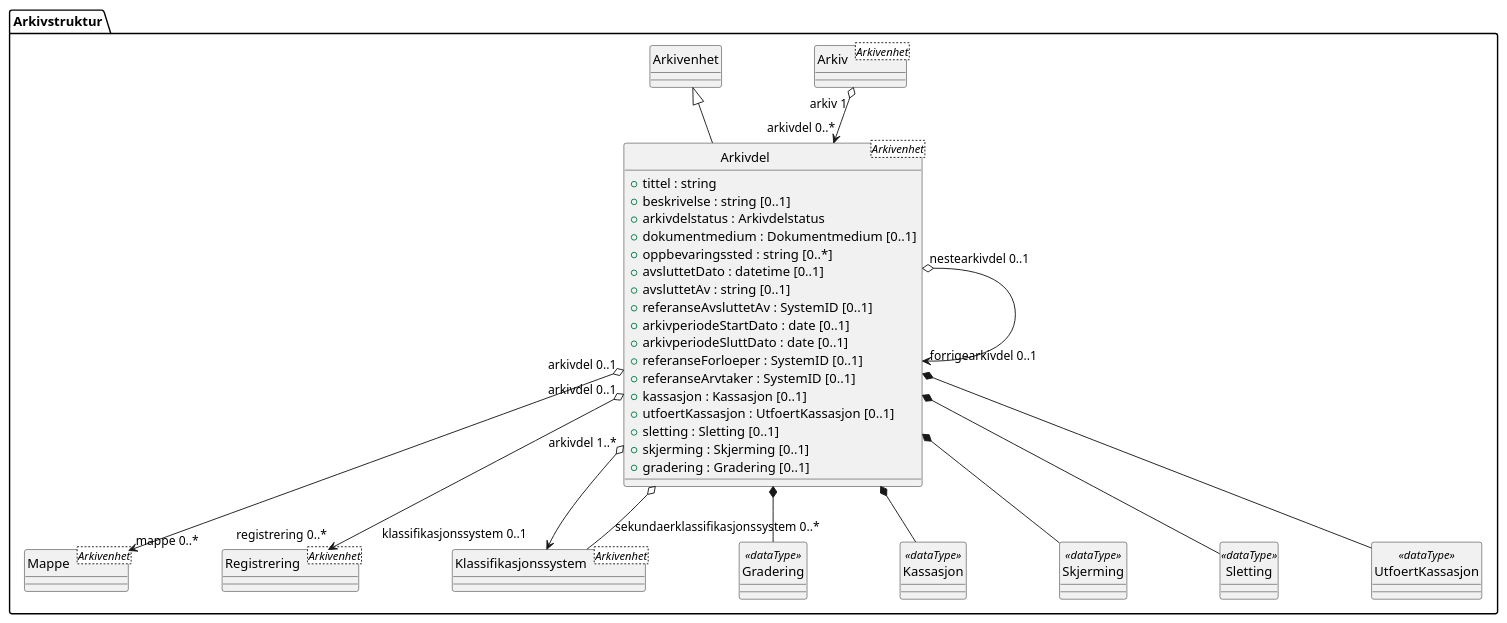
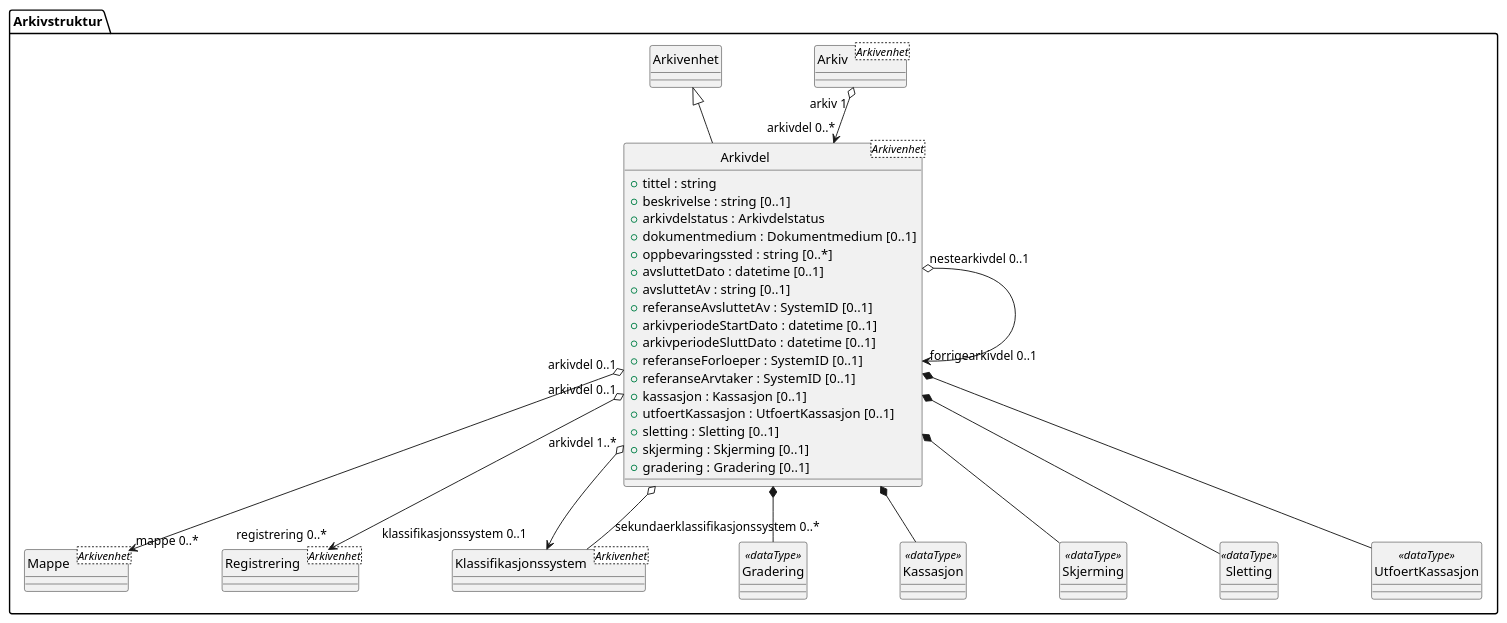
The diagram in kapitler/media/uml-class-arkivdel.puml (arkivverket/noark5-tjenestegrensesnitt-standard), drawn with PlantUML before and after one commit. The commit also changed 23 other files, not shown here.

First line of the commit message:
Change all date types to datetime to match Noark 5

```diff
--- a/kapitler/media/uml-class-arkivdel.puml
+++ b/kapitler/media/uml-class-arkivdel.puml
@@ -1,55 +1,55 @@
 @startuml
 skinparam nodesep 100
 hide circle
 class Arkivstruktur.Arkivdel <Arkivenhet> {
   +tittel : string
   +beskrivelse : string [0..1]
   +arkivdelstatus : Arkivdelstatus
   +dokumentmedium : Dokumentmedium [0..1]
   +oppbevaringssted : string [0..*]
   +avsluttetDato : datetime [0..1]
   +avsluttetAv : string [0..1]
   +referanseAvsluttetAv : SystemID [0..1]
-  +arkivperiodeStartDato : date [0..1]
-  +arkivperiodeSluttDato : date [0..1]
+  +arkivperiodeStartDato : datetime [0..1]
+  +arkivperiodeSluttDato : datetime [0..1]
   +referanseForloeper : SystemID [0..1]
   +referanseArvtaker : SystemID [0..1]
   +kassasjon : Kassasjon [0..1]
   +utfoertKassasjon : UtfoertKassasjon [0..1]
   +sletting : Sletting [0..1]
   +skjerming : Skjerming [0..1]
   +gradering : Gradering [0..1]
 }
 class Arkivstruktur.Arkiv <Arkivenhet> {
 }
 Arkivstruktur.Arkiv "arkiv 1" o--> "arkivdel 0..*" Arkivstruktur.Arkivdel
 class Arkivstruktur.Mappe <Arkivenhet> {
 }
 Arkivstruktur.Arkivdel "arkivdel 0..1" o--> "mappe 0..*" Arkivstruktur.Mappe
 class Arkivstruktur.Registrering <Arkivenhet> {
 }
 Arkivstruktur.Arkivdel "arkivdel 0..1" o--> "registrering 0..*" Arkivstruktur.Registrering
 class Arkivstruktur.Klassifikasjonssystem <Arkivenhet> {
 }
 Arkivstruktur.Arkivdel "arkivdel 1..*" o--> "klassifikasjonssystem 0..1" Arkivstruktur.Klassifikasjonssystem
 Arkivstruktur.Arkivdel "nestearkivdel 0..1" o--> "forrigearkivdel 0..1" Arkivstruktur.Arkivdel
 class Arkivstruktur.Gradering <<dataType>> {
 }
 Arkivstruktur.Arkivdel *-- Arkivstruktur.Gradering
 class Arkivstruktur.Kassasjon <<dataType>> {
 }
 Arkivstruktur.Arkivdel *-- Arkivstruktur.Kassasjon
 class Arkivstruktur.Skjerming <<dataType>> {
 }
 Arkivstruktur.Arkivdel *-- Arkivstruktur.Skjerming
 class Arkivstruktur.Sletting <<dataType>> {
 }
 Arkivstruktur.Arkivdel *-- Arkivstruktur.Sletting
 class Arkivstruktur.UtfoertKassasjon <<dataType>> {
 }
 Arkivstruktur.Arkivdel *-- Arkivstruktur.UtfoertKassasjon
 Arkivstruktur.Arkivdel o-- "sekundaerklassifikasjonssystem 0..*" Arkivstruktur.Klassifikasjonssystem
 class Arkivstruktur.Arkivenhet {
 }
 Arkivstruktur.Arkivenhet <|-- Arkivstruktur.Arkivdel
 @enduml
```
